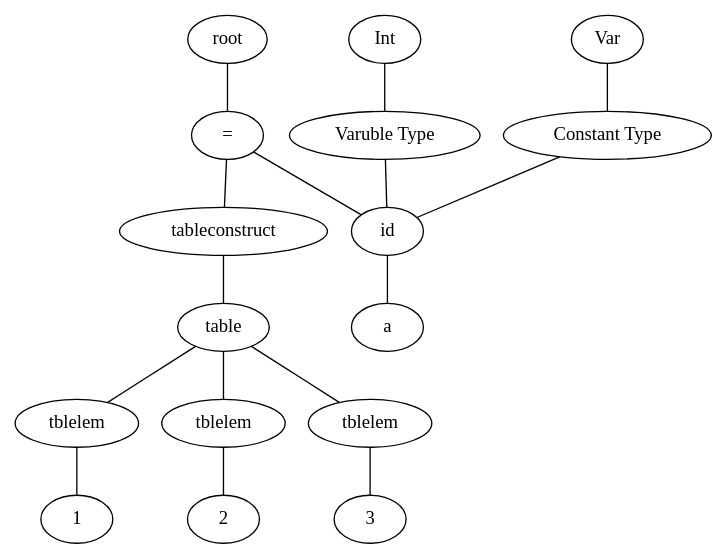
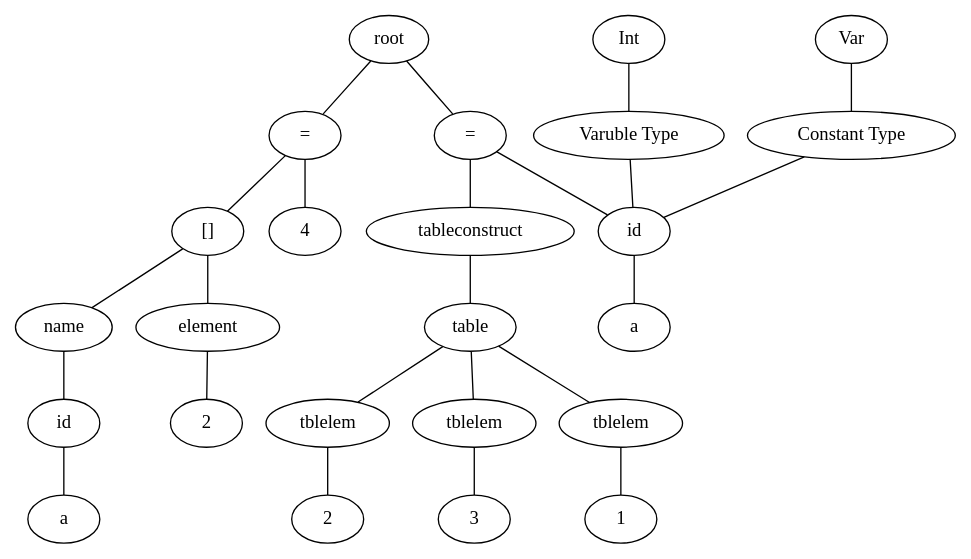
Before and after one commit to TAIIOK/SwiftCompilerToJavaByteCode: the diagram in build/file.dot, drawn with Graphviz. The commit also changed 6 other files, not shown here.

```diff
--- a/build/file.dot
+++ b/build/file.dot
@@ -1,33 +1,49 @@
 graph graphname {
 root;
 assign0[label = "="];
 root--assign0;
 expr0[label = "id"];
 assign0--expr0;
 type0[label = "Varuble Type"];
 type0--expr0;
 type1[label = "Int"];
 type1--type0;
 consttype0[label = "Constant Type"];
 consttype0--expr0;
 consttype1[label = "Var"];
 consttype1--consttype0;
 expr1[label = "a"];
 expr0--expr1;
 expr2[label = "tableconstruct"];
 assign0--expr2;
 table0[label = "table"];
 expr2--table0;
 table00[label = "tblelem"];
 table0--table00;
 expr3[label = "1"];
 table00--expr3;
 table01[label = "tblelem"];
 table0--table01;
 expr4[label = "2"];
 table01--expr4;
 table02[label = "tblelem"];
 table0--table02;
 expr5[label = "3"];
 table02--expr5;
+assign1[label = "="];
+root--assign1;
+expr6[label = "[]"];
+assign1--expr6;
+expr6name[label = "name"];
+expr7[label = "id"];
+expr6name--expr7;
+expr8[label = "a"];
+expr7--expr8;
+expr6--expr6name;
+expr6args[label = " element "];
+expr6 -- expr6args;
+expr9[label = "2"];
+expr6args--expr9;
+expr10[label = "4"];
+assign1--expr10;
 }
```
